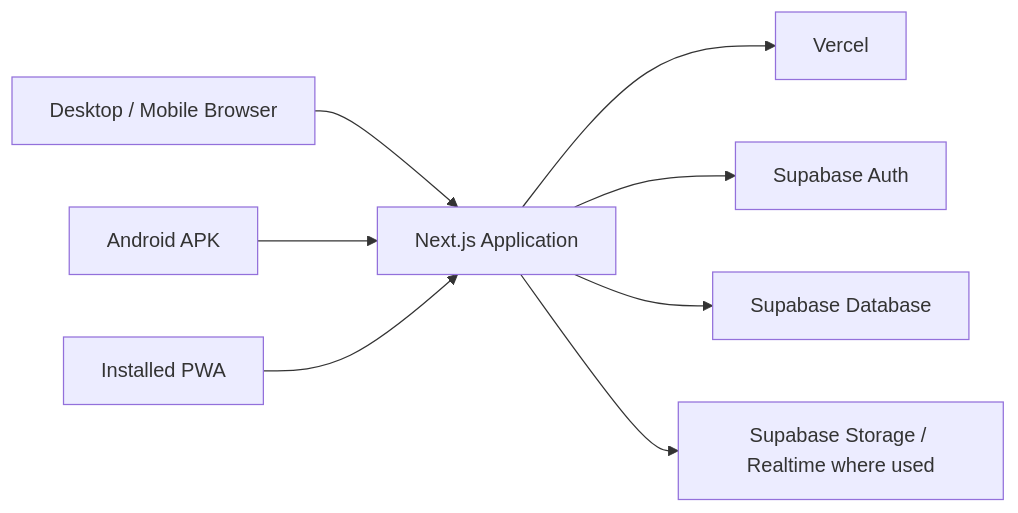
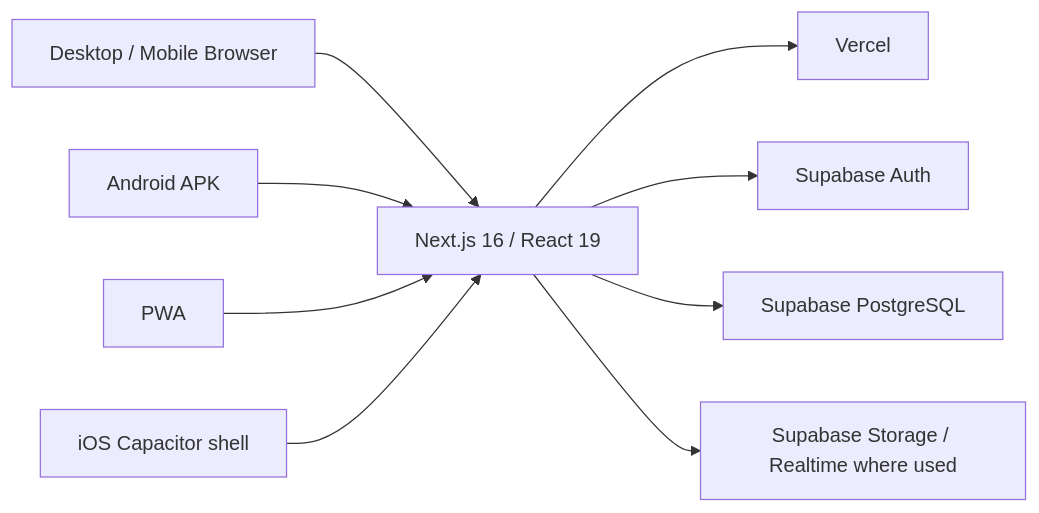
The diagram in README.md (lumuxav/maya-steel-works), drawn with Mermaid before and after one commit. The commit also changed other lines of this file and 5 other files, not shown here.

````diff
--- a/README.md
+++ b/README.md
@@ -201,10 +55,11 @@
 ```mermaid
 flowchart LR
-    A[Desktop / Mobile Browser] --> B[Next.js Application]
+    A[Desktop / Mobile Browser] --> B[Next.js 16 / React 19]
     C[Android APK] --> B
-    D[Installed PWA] --> B
-    B --> E[Vercel]
-    B --> F[Supabase Auth]
-    B --> G[Supabase Database]
-    B --> H[Supabase Storage / Realtime where used]
+    D[PWA] --> B
+    E[iOS Capacitor shell] --> B
+    B --> F[Vercel]
+    B --> G[Supabase Auth]
+    B --> H[Supabase PostgreSQL]
+    B --> I[Supabase Storage / Realtime where used]
 ```
````
